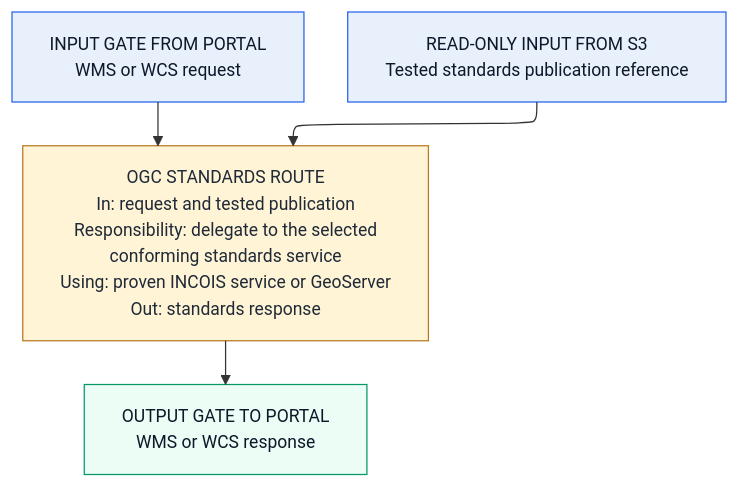
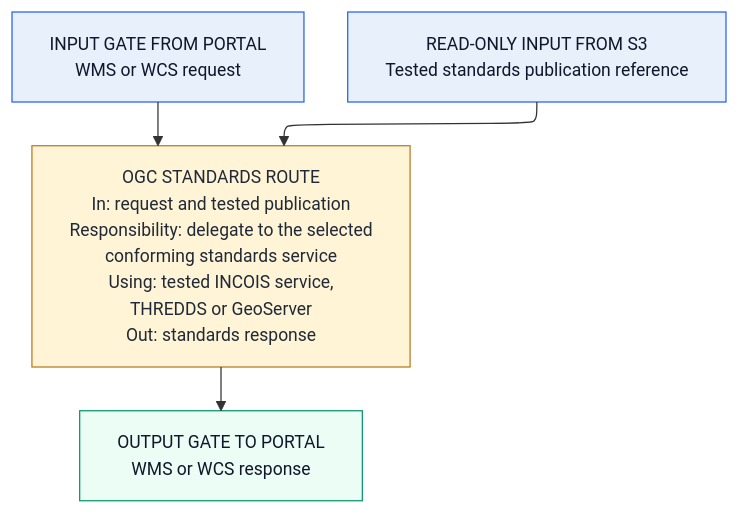
The eighth of 10 diagrams in docs/architecture/LLD_INCOIS_3D_Ocean_Data_Visualization_System.md (CSubham/incois-3d-ocean-visualization), drawn with Mermaid before and after one commit. The commit also changed other lines of this file and 8 other files, not shown here.

````diff
--- a/docs/architecture/LLD_INCOIS_3D_Ocean_Data_Visualization_System.md
+++ b/docs/architecture/LLD_INCOIS_3D_Ocean_Data_Visualization_System.md
@@ -304,16 +304,16 @@
 ```mermaid
 %%{init: {"layout": "elk", "flowchart": {"wrappingWidth": 300, "rankSpacing": 35, "nodeSpacing": 20}, "themeVariables": {"fontSize": "14px"}}}%%
 flowchart TB
     PIN["INPUT GATE FROM PORTAL<br/>WMS or WCS request"]:::gate
     SIN["READ-ONLY INPUT FROM S3<br/>Tested standards publication reference"]:::gate
-    M5["OGC STANDARDS ROUTE<br/>In: request and tested publication<br/>Responsibility: delegate to the selected<br/>conforming standards service<br/>Using: proven INCOIS service or GeoServer<br/>Out: standards response"]:::mod
+    M5["OGC STANDARDS ROUTE<br/>In: request and tested publication<br/>Responsibility: delegate to the selected<br/>conforming standards service<br/>Using: tested INCOIS service,<br/>THREDDS or GeoServer<br/>Out: standards response"]:::mod
     POUT["OUTPUT GATE TO PORTAL<br/>WMS or WCS response"]:::out
 
     PIN --> M5
     SIN --> M5
     M5 --> POUT
 
     classDef gate fill:#E8F1FB,stroke:#2563EB,color:#0F172A;
     classDef mod fill:#FFF4D6,stroke:#B7791F,color:#1F2937;
     classDef out fill:#ECFDF5,stroke:#059669,color:#0F172A;
 ```
````
